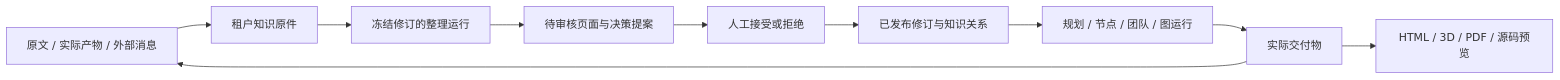
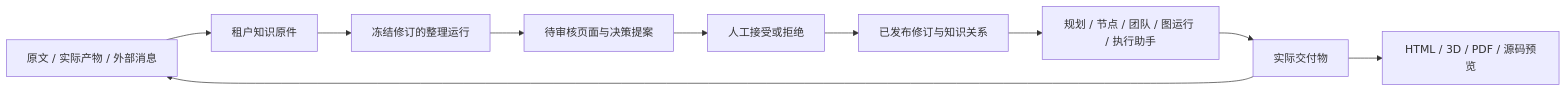
The diagram in docs/knowledge-workbench.md (Clawhunt-Site/AwwO), drawn with Mermaid before and after one commit. The commit also changed other lines of this file and 60 other files, not shown here.

````diff
--- a/docs/knowledge-workbench.md
+++ b/docs/knowledge-workbench.md
@@ -110,12 +131,12 @@
 ```mermaid
 flowchart LR
   S[原文 / 实际产物 / 外部消息] --> K[租户知识原件]
   K --> C[冻结修订的整理运行]
   C --> P[待审核页面与决策提案]
   P --> R[人工接受或拒绝]
   R --> V[已发布修订与知识关系]
-  V --> T[规划 / 节点 / 团队 / 图运行]
+  V --> T[规划 / 节点 / 团队 / 图运行 / 执行助手]
   T --> A[实际交付物]
   A --> S
   A --> D[HTML / 3D / PDF / 源码预览]
 ```
````
